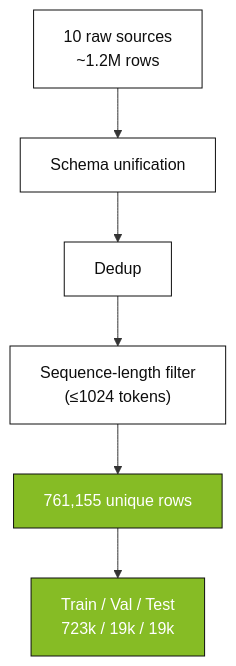
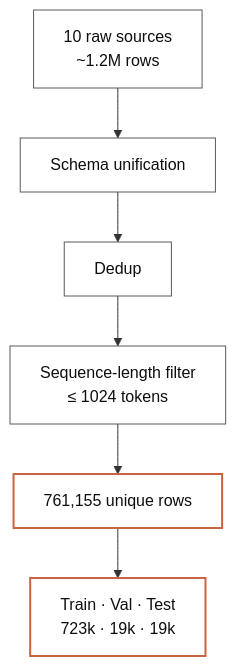
One commit to DanielRegaladoUMiami/sql-agent-llmops changed the second of 6 diagrams in presentation/slides.md. Above: the diagram before and after it, drawn with Mermaid. The commit also changed other lines of this file, not shown here.

Commit message:
Update slides: project amber accent (#C96442) instead of Deloitte green; add clickable links throughout

````diff
--- a/presentation/slides.md
+++ b/presentation/slides.md
@@ -343,12 +335,12 @@
 ```mermaid
 flowchart TD
-  S1[10 raw sources<br/>~1.2M rows] --> U[Schema unification]
+  S1["10 raw sources<br/>~1.2M rows"] --> U[Schema unification]
   U --> D[Dedup]
-  D --> F["Sequence-length filter<br/>(≤1024 tokens)"]
-  F --> X[761,155 unique rows]
-  X --> SP["Train / Val / Test<br/>723k / 19k / 19k"]
+  D --> F["Sequence-length filter<br/>≤ 1024 tokens"]
+  F --> X["761,155 unique rows"]
+  X --> SP["Train · Val · Test<br/>723k · 19k · 19k"]
 
-  classDef node fill:#FFFFFF,stroke:#0E0E0E,color:#0E0E0E
-  classDef accent fill:#86BC25,stroke:#0E0E0E,color:#FFFFFF
+  classDef node fill:#FFFFFF,stroke:#5A5A5A,color:#0E0E0E
+  classDef accent fill:#FFFFFF,stroke:#C96442,color:#0E0E0E,stroke-width:2px
   class X,SP accent
 ```
````
